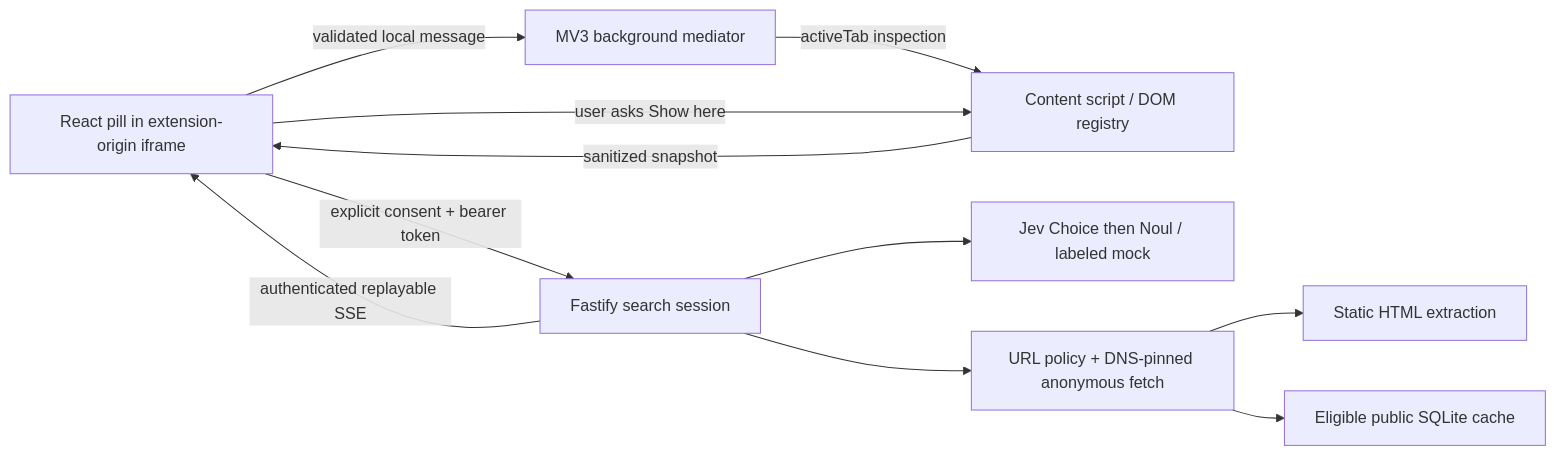
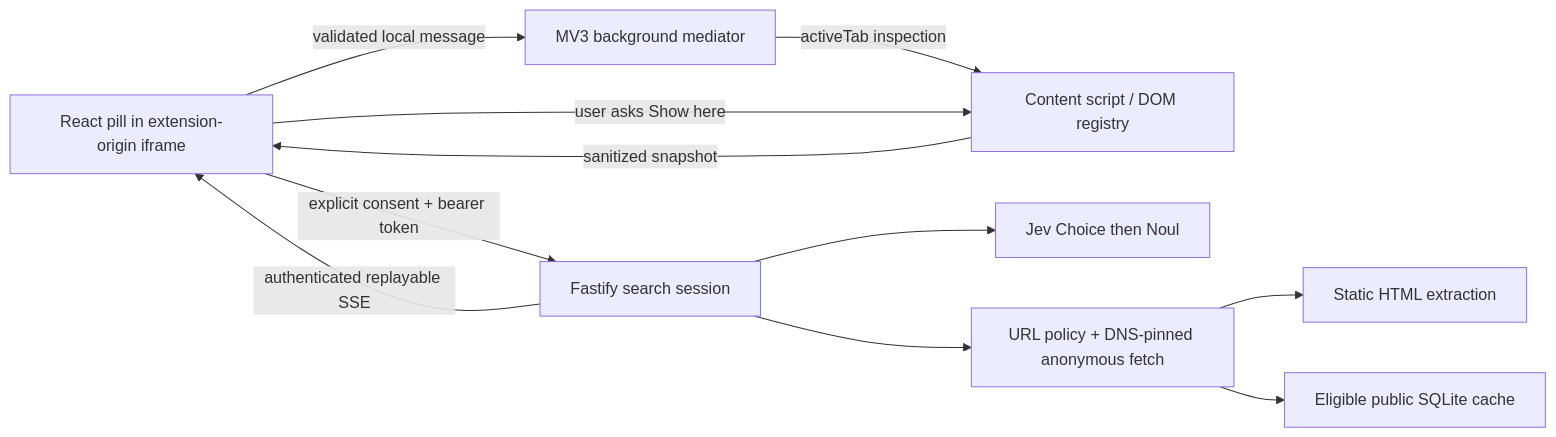
The diagram in docs/architecture.md (ishuagrawal/Cmd-F), drawn with Mermaid before and after one commit. The commit also changed 23 other files, not shown here.

````diff
--- a/docs/architecture.md
+++ b/docs/architecture.md
@@ -5,13 +5,13 @@
 ```mermaid
 flowchart LR
   P[React pill in extension-origin iframe] -->|validated local message| B[MV3 background mediator]
   B -->|activeTab inspection| D[Content script / DOM registry]
   D -->|sanitized snapshot| P
   P -->|explicit consent + bearer token| A[Fastify search session]
-  A --> J[Jev Choice then Noul / labeled mock]
+  A --> J[Jev Choice then Noul]
   A --> F[URL policy + DNS-pinned anonymous fetch]
   F --> H[Static HTML extraction]
   F --> C[Eligible public SQLite cache]
   A -->|authenticated replayable SSE| P
   P -->|user asks Show here| D
 ```
````
